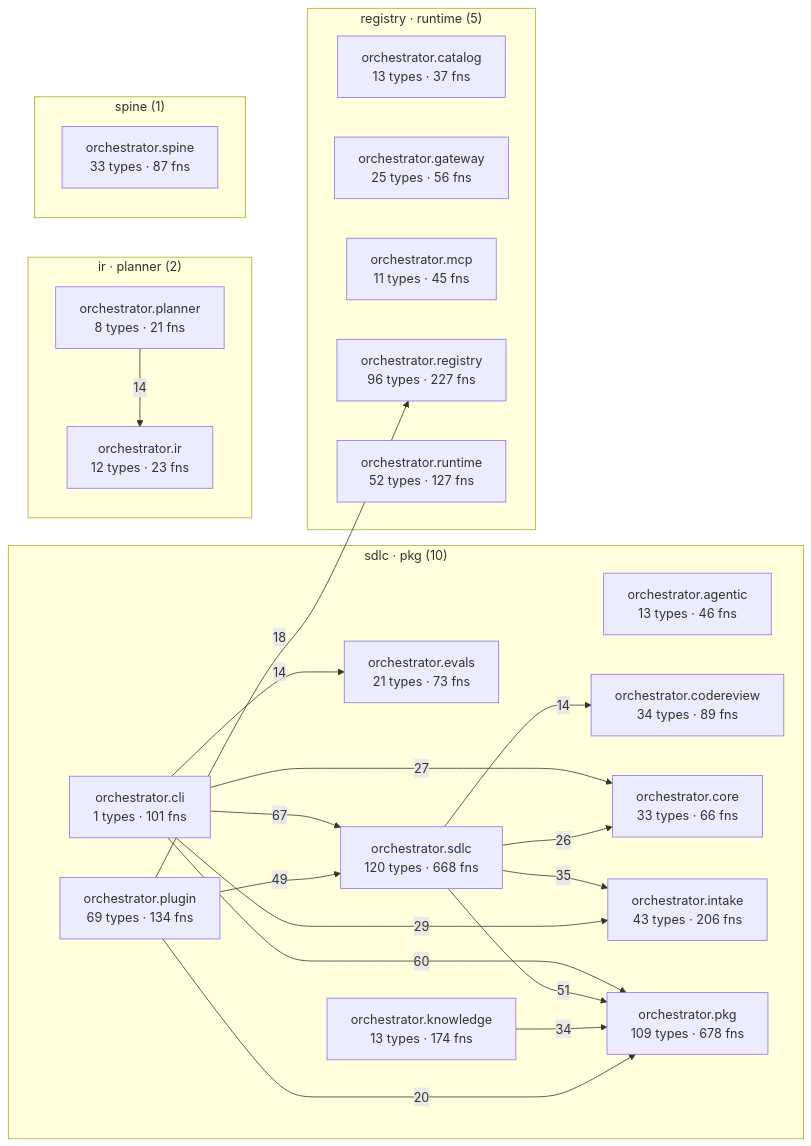
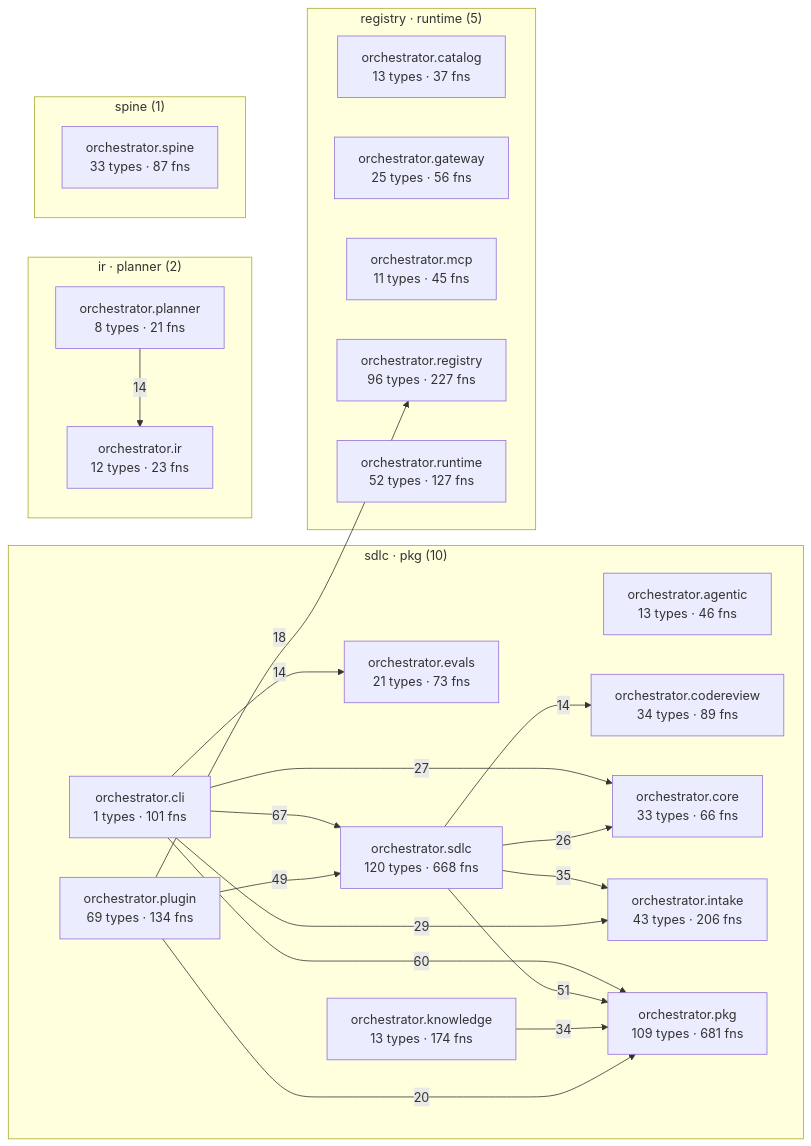
Before and after one commit to Nani-red/spine_Naveen: the diagram in episteme/architecture.md, drawn with Mermaid. The commit also changed other lines of this file and 6 other files, not shown here.

````diff
--- a/episteme/architecture.md
+++ b/episteme/architecture.md
@@ -54,43 +54,43 @@
 ```mermaid
 flowchart LR
   subgraph c_2["sdlc · pkg (10)"]
     aorchestratoragentic["orchestrator.agentic<br/>13 types · 46 fns"]
     aorchestratorcli["orchestrator.cli<br/>1 types · 101 fns"]
     aorchestratorcodereview["orchestrator.codereview<br/>34 types · 89 fns"]
     aorchestratorcore["orchestrator.core<br/>33 types · 66 fns"]
     aorchestratorevals["orchestrator.evals<br/>21 types · 73 fns"]
     aorchestratorintake["orchestrator.intake<br/>43 types · 206 fns"]
     aorchestratorknowledge["orchestrator.knowledge<br/>13 types · 174 fns"]
-    aorchestratorpkg["orchestrator.pkg<br/>109 types · 678 fns"]
+    aorchestratorpkg["orchestrator.pkg<br/>109 types · 681 fns"]
     aorchestratorplugin["orchestrator.plugin<br/>69 types · 134 fns"]
     aorchestratorsdlc["orchestrator.sdlc<br/>120 types · 668 fns"]
   end
   subgraph c_4["registry · runtime (5)"]
     aorchestratorcatalog["orchestrator.catalog<br/>13 types · 37 fns"]
     aorchestratorgateway["orchestrator.gateway<br/>25 types · 56 fns"]
     aorchestratormcp["orchestrator.mcp<br/>11 types · 45 fns"]
     aorchestratorregistry["orchestrator.registry<br/>96 types · 227 fns"]
     aorchestratorruntime["orchestrator.runtime<br/>52 types · 127 fns"]
   end
   subgraph c_7["ir · planner (2)"]
     aorchestratorir["orchestrator.ir<br/>12 types · 23 fns"]
     aorchestratorplanner["orchestrator.planner<br/>8 types · 21 fns"]
   end
   subgraph c_12["spine (1)"]
     aorchestratorspine["orchestrator.spine<br/>33 types · 87 fns"]
   end
   aorchestratorcli -->|67| aorchestratorsdlc
   aorchestratorcli -->|60| aorchestratorpkg
   aorchestratorsdlc -->|51| aorchestratorpkg
   aorchestratorplugin -->|49| aorchestratorsdlc
   aorchestratorsdlc -->|35| aorchestratorintake
   aorchestratorknowledge -->|34| aorchestratorpkg
   aorchestratorcli -->|29| aorchestratorintake
   aorchestratorcli -->|27| aorchestratorcore
   aorchestratorsdlc -->|26| aorchestratorcore
   aorchestratorplugin -->|20| aorchestratorpkg
   aorchestratorplugin -->|18| aorchestratorregistry
   aorchestratorcli -->|14| aorchestratorevals
   aorchestratorplanner -->|14| aorchestratorir
   aorchestratorsdlc -->|14| aorchestratorcodereview
 ```
````
